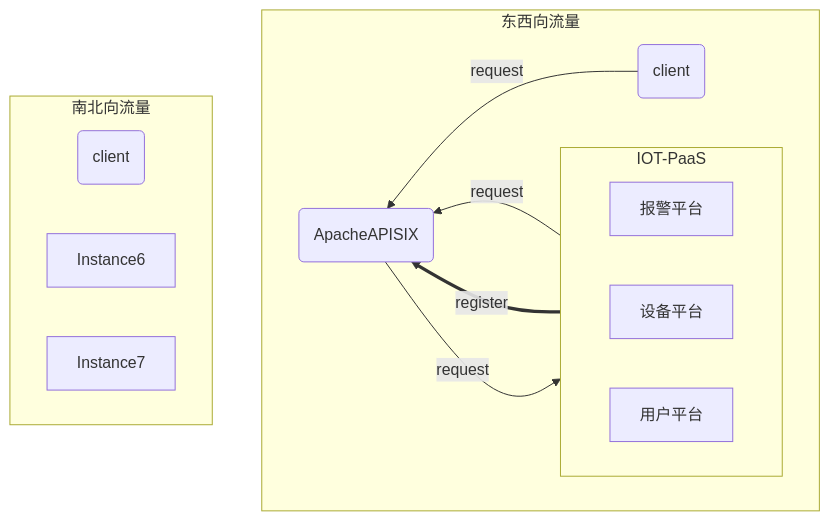
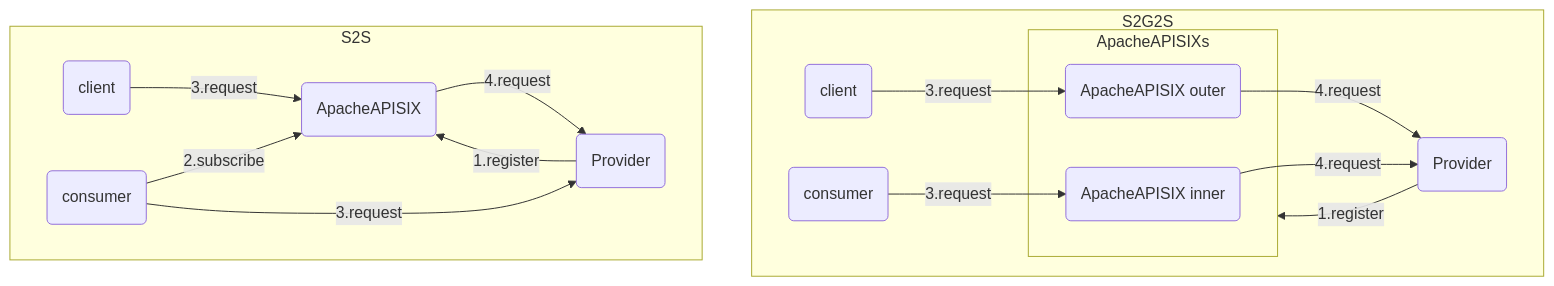
Before and after one commit to galaxy-sea/galaxy-blogs: the third of 3 diagrams in Spring-Cloud/Spring Cloud APISIX.md, drawn with Mermaid. The commit also changed other lines of this file, not shown here.

Commit message:
Spring Cloud APISIX

````diff
--- a/Spring-Cloud/Spring Cloud APISIX.md
+++ b/Spring-Cloud/Spring Cloud APISIX.md
@@ -103,34 +98,31 @@
 ```Mermaid
 flowchart 
-    东西向流量
-    南北向流量
-
-    subgraph IOT-PaaS
-        direction RL
-        报警平台
-        设备平台
-        用户平台
+    subgraph S2G2S
+        subgraph ApacheAPISIXs
+            ApacheAPISIX1(ApacheAPISIX inner)
+            ApacheAPISIX2(ApacheAPISIX outer)
+        end
+        client1(client)
+        consumer1(consumer)
+        Provider1(Provider)
     end
+    Provider1 --1.register--> ApacheAPISIXs
+    client1 --3.request--> ApacheAPISIX2
+    consumer1 --3.request--> ApacheAPISIX1
+    ApacheAPISIX2 --4.request--> Provider1
+    ApacheAPISIX1 --4.request--> Provider1
     
-    subgraph 东西向流量
-        ApacheAPISIX1(ApacheAPISIX)
-        direction RL
-        IOT-PaaS
-        client1(client)
-    end
-    
-    IOT-PaaS ==register==> ApacheAPISIX1
-    client1 --request--> ApacheAPISIX1
-    用户平台 --request--> ApacheAPISIX1
-    ApacheAPISIX1 --request--> 设备平台
-
-
-    
-    subgraph 南北向流量
-        direction RL
+    subgraph S2S
         client2(client)
-        Instance6
-        Instance7
+        ApacheAPISIX3(ApacheAPISIX)
+        consumer2(consumer)
+        Provider2(Provider)
     end
 
+    client2 --3.request--> ApacheAPISIX3
+    Provider2 --1.register--> ApacheAPISIX3
+    consumer2 --2.subscribe--> ApacheAPISIX3
+    consumer2 --3.request--> Provider2
+    ApacheAPISIX3 --4.request--> Provider2
+
 ```
````
